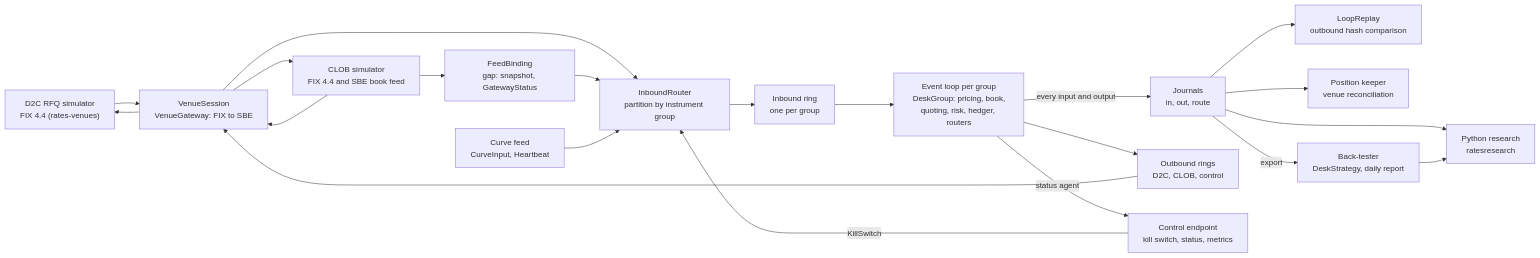
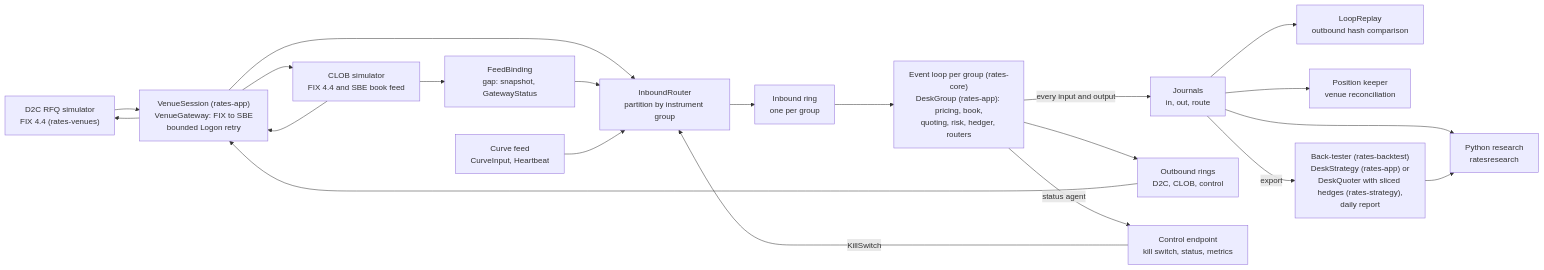
One commit to AshJha0/rates-algo-trading changed the diagram in docs/diagrams/data_flow.mmd. Above: the diagram before and after it, drawn with Mermaid. The commit also changed 4 other files, not shown here.

```diff
--- a/docs/diagrams/data_flow.mmd
+++ b/docs/diagrams/data_flow.mmd
@@ -1,35 +1,35 @@
 flowchart LR
   d2c["D2C RFQ simulator<br/>FIX 4.4 (rates-venues)"]
   clob["CLOB simulator<br/>FIX 4.4 and SBE book feed"]
   curvefeed["Curve feed<br/>CurveInput, Heartbeat"]
-  session["VenueSession<br/>VenueGateway: FIX to SBE"]
+  session["VenueSession (rates-app)<br/>VenueGateway: FIX to SBE<br/>bounded Logon retry"]
   feed["FeedBinding<br/>gap: snapshot, GatewayStatus"]
   router_in["InboundRouter<br/>partition by instrument group"]
   ring_in["Inbound ring<br/>one per group"]
-  loop["Event loop per group<br/>DeskGroup: pricing, book,<br/>quoting, risk, hedger, routers"]
+  loop["Event loop per group (rates-core)<br/>DeskGroup (rates-app): pricing, book,<br/>quoting, risk, hedger, routers"]
   journals["Journals<br/>in, out, route"]
   ring_out["Outbound rings<br/>D2C, CLOB, control"]
   control["Control endpoint<br/>kill switch, status, metrics"]
   replay["LoopReplay<br/>outbound hash comparison"]
   keeper["Position keeper<br/>venue reconciliation"]
-  backtest["Back-tester<br/>DeskStrategy, daily report"]
+  backtest["Back-tester (rates-backtest)<br/>DeskStrategy (rates-app) or<br/>DeskQuoter with sliced hedges (rates-strategy),<br/>daily report"]
   research["Python research<br/>ratesresearch"]
 
   d2c --> session
   clob --> session
   clob --> feed
   session --> router_in
   feed --> router_in
   curvefeed --> router_in
   control -->|KillSwitch| router_in
   router_in --> ring_in --> loop
   loop -->|every input and output| journals
   loop --> ring_out --> session
   session --> d2c
   session --> clob
   loop -->|status agent| control
   journals --> replay
   journals --> keeper
   journals -->|export| backtest
   journals --> research
   backtest --> research
```
